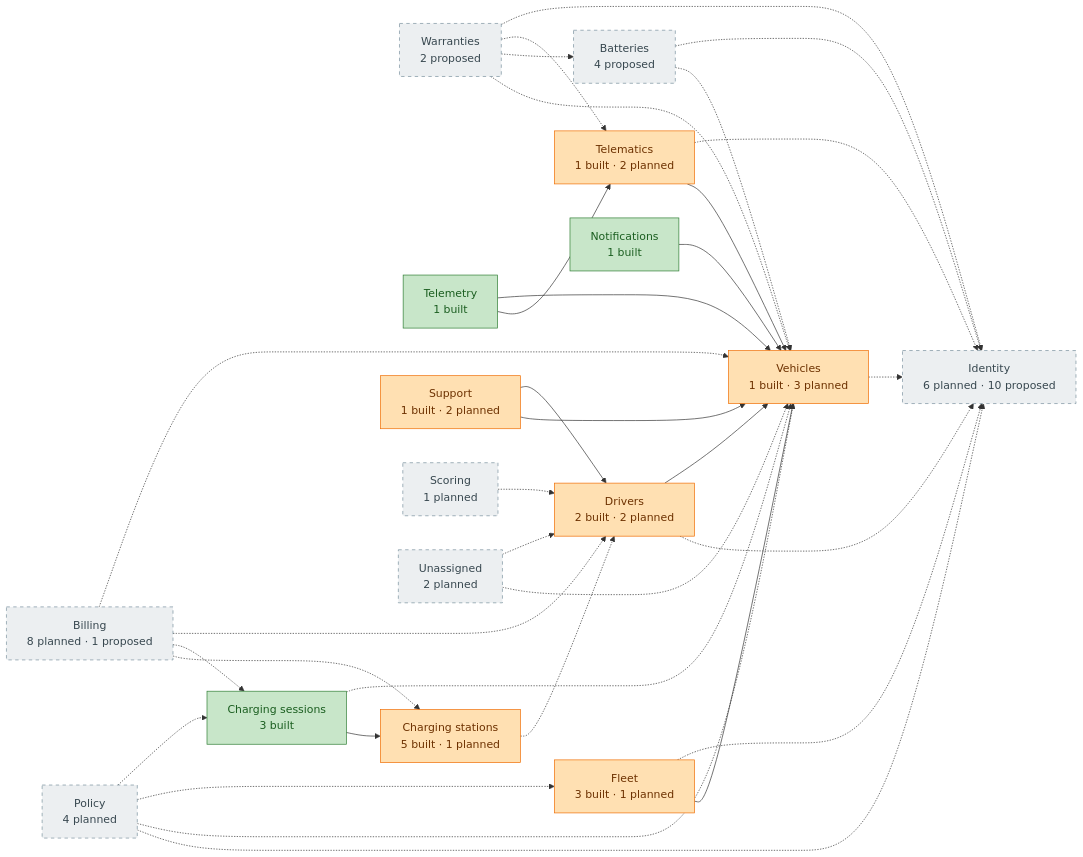
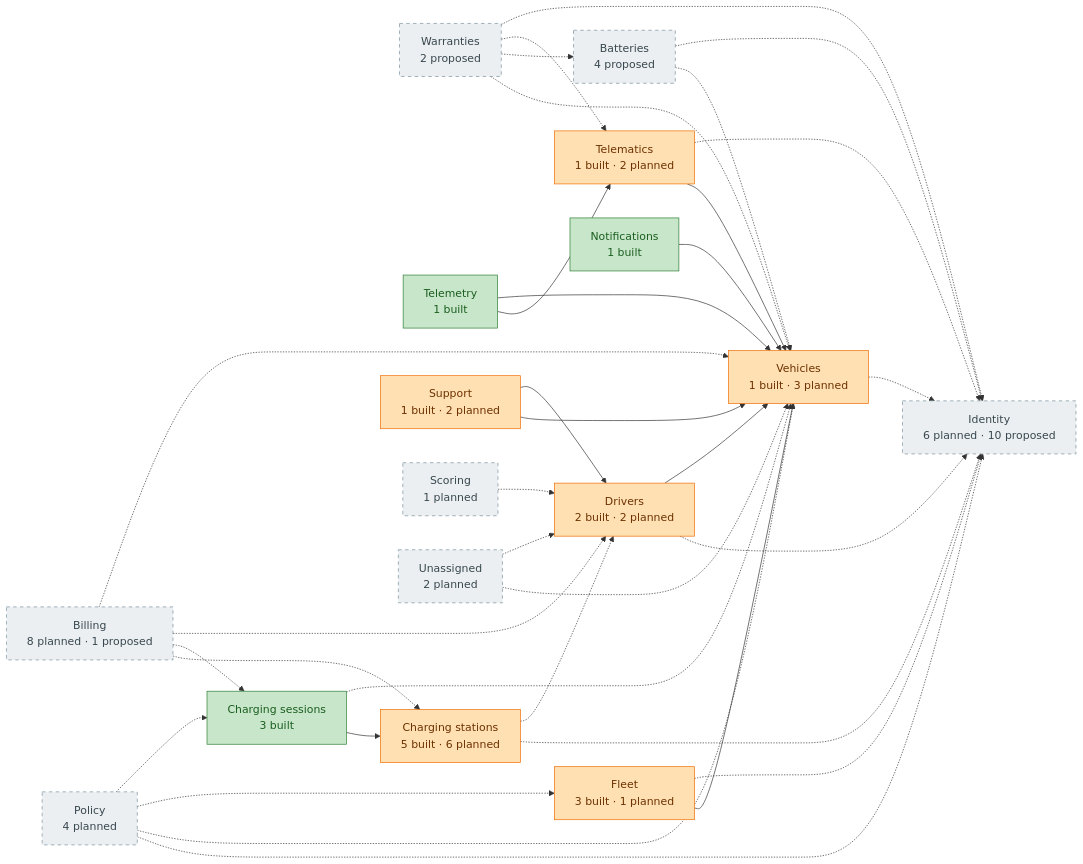
One commit to yolo-coccoc/G3Network-app changed the diagram in docs/design/domain-model/overview.md. Above: the diagram before and after it, drawn with Mermaid. The commit also changed other lines of this file and 20 other files, not shown here.

````diff
--- a/docs/design/domain-model/overview.md
+++ b/docs/design/domain-model/overview.md
@@ -28,54 +28,55 @@
 ```mermaid
 flowchart LR
   identity["Identity<br/>6 planned · 10 proposed"]:::planned
   vehicles["Vehicles<br/>1 built · 3 planned"]:::partial
   batteries["Batteries<br/>4 proposed"]:::planned
   warranties["Warranties<br/>2 proposed"]:::planned
   telematics["Telematics<br/>1 built · 2 planned"]:::partial
   telemetry["Telemetry<br/>1 built"]:::built
   drivers["Drivers<br/>2 built · 2 planned"]:::partial
   fleet["Fleet<br/>3 built · 1 planned"]:::partial
-  charging_stations["Charging stations<br/>5 built · 1 planned"]:::partial
+  charging_stations["Charging stations<br/>5 built · 6 planned"]:::partial
   charging_sessions["Charging sessions<br/>3 built"]:::built
   notifications["Notifications<br/>1 built"]:::built
   support["Support<br/>1 built · 2 planned"]:::partial
   policy["Policy<br/>4 planned"]:::planned
   billing["Billing<br/>8 planned · 1 proposed"]:::planned
   scoring["Scoring<br/>1 planned"]:::planned
   unassigned["Unassigned<br/>2 planned"]:::planned
   batteries -.-> vehicles
   warranties -.-> vehicles
   warranties -.-> batteries
   warranties -.-> telematics
   telematics --> vehicles
   telemetry --> telematics
   telemetry --> vehicles
   drivers -.-> identity
   drivers --> vehicles
   fleet --> vehicles
   fleet -.-> identity
+  charging_stations -.-> identity
   charging_stations -.-> drivers
   charging_sessions --> charging_stations
   charging_sessions -.-> vehicles
   notifications --> vehicles
   support --> vehicles
   support --> drivers
   policy -.-> identity
   policy -.-> vehicles
   policy -.-> fleet
   policy -.-> charging_sessions
   billing -.-> charging_stations
   billing -.-> charging_sessions
   billing -.-> drivers
   billing -.-> vehicles
   scoring -.-> drivers
   unassigned -.-> vehicles
   unassigned -.-> drivers
   vehicles -.-> identity
   batteries -.-> identity
   warranties -.-> identity
   telematics -.-> identity
   classDef built fill:#C8E6C9,stroke:#2E7D32,color:#1B5E20
   classDef partial fill:#FFE0B2,stroke:#EF6C00,color:#6D3100
   classDef planned fill:#ECEFF1,stroke:#78909C,color:#37474F,stroke-dasharray:5 5
 ```
````
